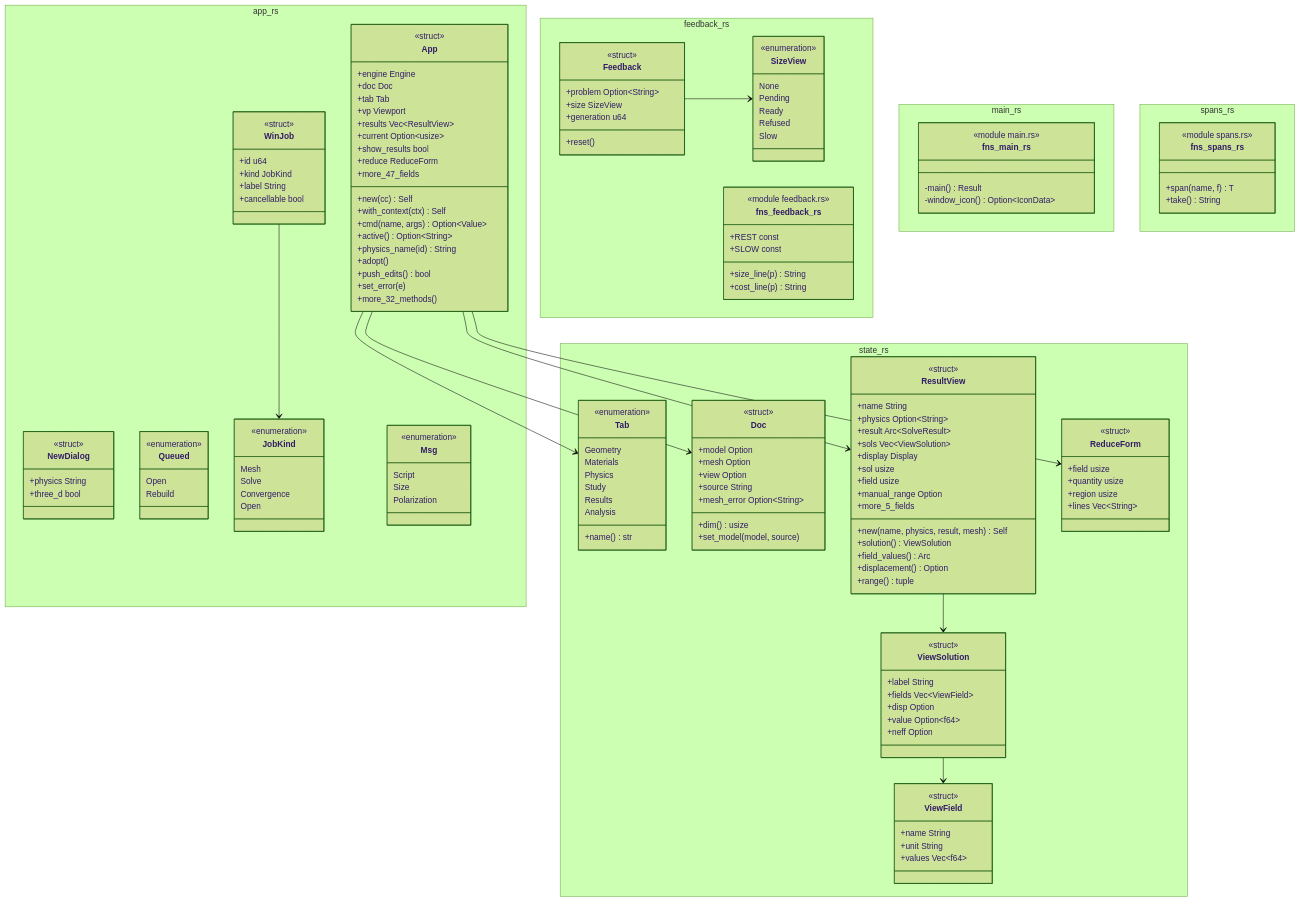
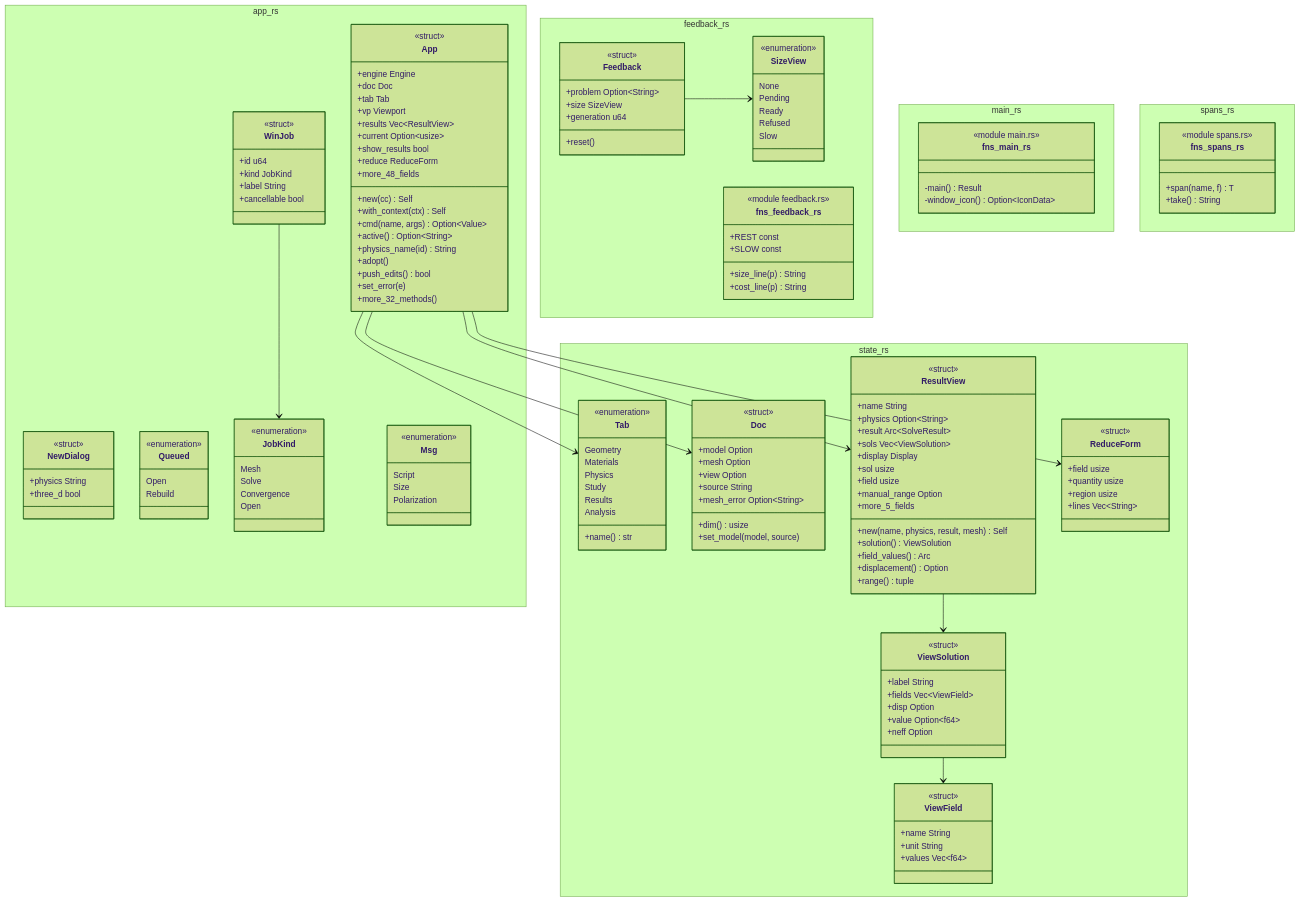
The diagram in docs/architecture/c4/4-code/app/window.md (p-j-r/nyx), drawn with Mermaid (forest theme) before and after one commit. The commit also changed other lines of this file and 26 other files, not shown here.

```diff
--- a/docs/architecture/c4/4-code/app/window.md
+++ b/docs/architecture/c4/4-code/app/window.md
@@ -84,7 +84,7 @@
         +current Option~usize~
         +show_results bool
         +reduce ReduceForm
-        +more_47_fields
+        +more_48_fields
         +new(cc) Self
         +with_context(ctx) Self
         +cmd(name, args) Option~Value~
```
